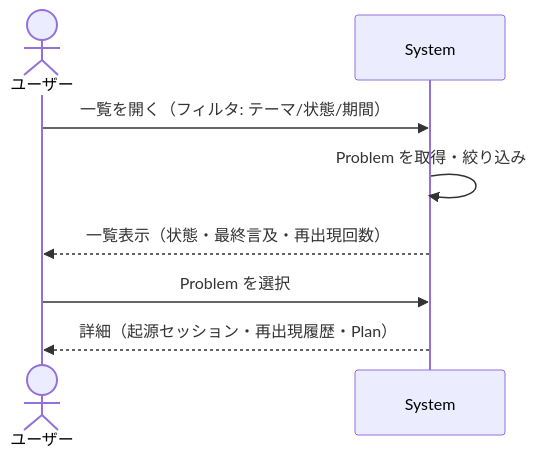
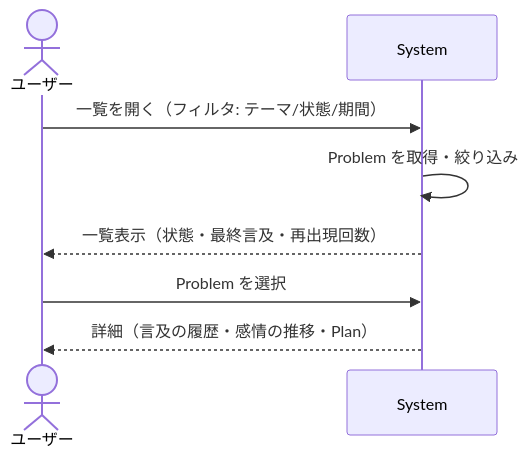
Before and after one commit to yomote/mind-inbox: the second of 5 diagrams in docs/design/use_cases.md, drawn with Mermaid. The commit also changed other lines of this file and 32 other files, not shown here.

````diff
--- a/docs/design/use_cases.md
+++ b/docs/design/use_cases.md
@@ -89,11 +95,11 @@
 ```mermaid
 sequenceDiagram
   actor U as ユーザー
   participant S as System
 
   U->>S: 一覧を開く（フィルタ: テーマ/状態/期間）
   S->>S: Problem を取得・絞り込み
   S-->>U: 一覧表示（状態・最終言及・再出現回数）
   U->>S: Problem を選択
-  S-->>U: 詳細（起源セッション・再出現履歴・Plan）
+  S-->>U: 詳細（言及の履歴・感情の推移・Plan）
 ```
````
